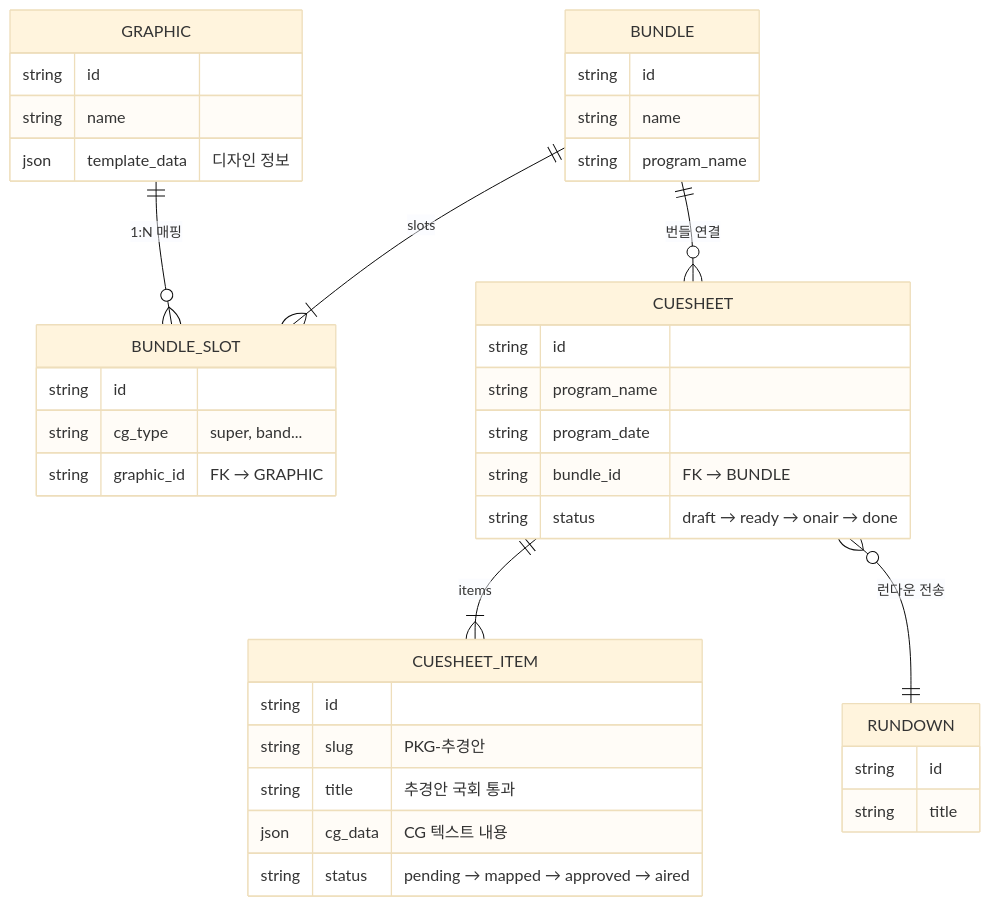
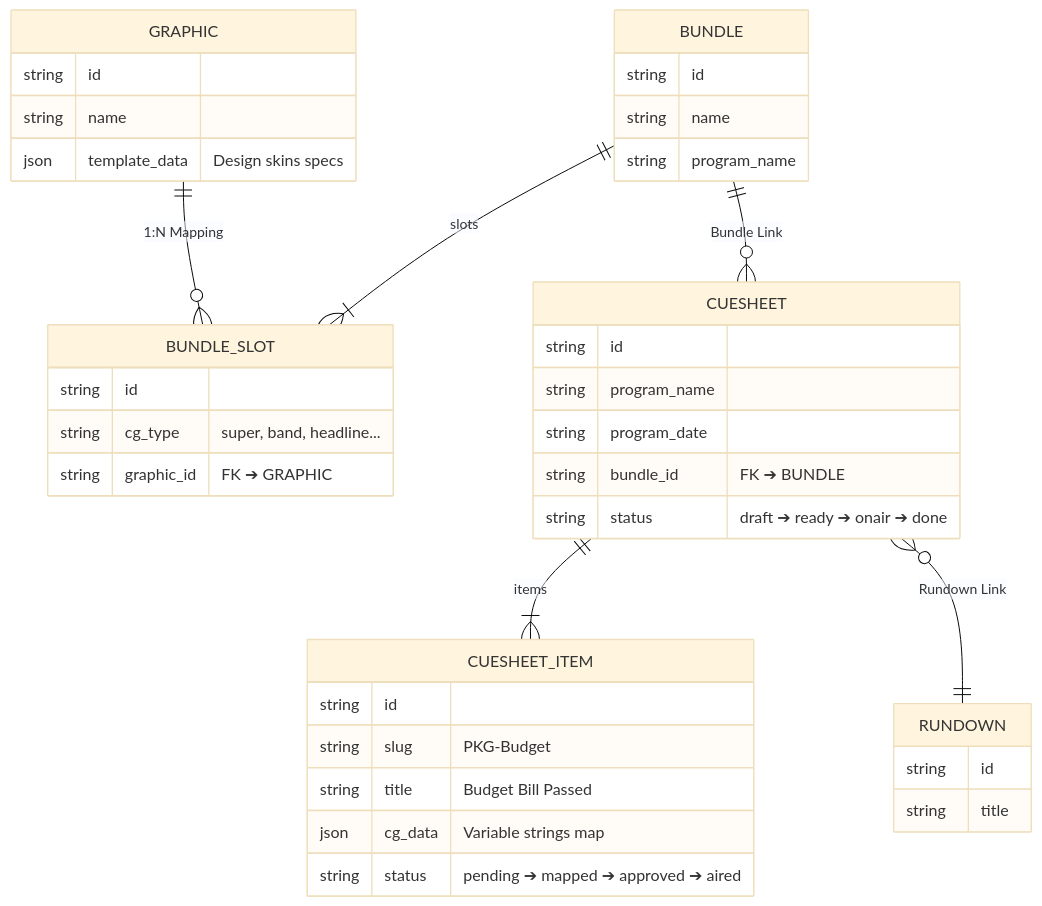
One commit to gkisanet/webcg-k changed the second of 6 diagrams in webcg-k/docs/guide/NRCS_CUESHEET_WORKFLOW.md. Above: the diagram before and after it, drawn with Mermaid (base theme). The commit also changed other lines of this file and 39 other files, not shown here.

````diff
--- a/webcg-k/docs/guide/NRCS_CUESHEET_WORKFLOW.md
+++ b/webcg-k/docs/guide/NRCS_CUESHEET_WORKFLOW.md
@@ -235,42 +234,42 @@
 ```mermaid
 erDiagram
-    GRAPHIC ||--o{ BUNDLE_SLOT : "1:N 매핑"
+    GRAPHIC ||--o{ BUNDLE_SLOT : "1:N Mapping"
     BUNDLE ||--|{ BUNDLE_SLOT : "slots"
-    BUNDLE ||--o{ CUESHEET : "번들 연결"
+    BUNDLE ||--o{ CUESHEET : "Bundle Link"
     CUESHEET ||--|{ CUESHEET_ITEM : "items"
-    CUESHEET }o--|| RUNDOWN : "런다운 전송"
+    CUESHEET }o--|| RUNDOWN : "Rundown Link"
 
     GRAPHIC {
         string id
         string name
-        json template_data "디자인 정보"
+        json template_data "Design skins specs"
     }
     BUNDLE {
         string id
         string name
         string program_name
     }
     BUNDLE_SLOT {
         string id
-        string cg_type "super, band..."
-        string graphic_id "FK → GRAPHIC"
+        string cg_type "super, band, headline..."
+        string graphic_id "FK ➔ GRAPHIC"
     }
     CUESHEET {
         string id
         string program_name
         string program_date
-        string bundle_id "FK → BUNDLE"
-        string status "draft → ready → onair → done"
+        string bundle_id "FK ➔ BUNDLE"
+        string status "draft ➔ ready ➔ onair ➔ done"
     }
     CUESHEET_ITEM {
         string id
-        string slug "PKG-추경안"
-        string title "추경안 국회 통과"
-        json cg_data "CG 텍스트 내용"
-        string status "pending → mapped → approved → aired"
+        string slug "PKG-Budget"
+        string title "Budget Bill Passed"
+        json cg_data "Variable strings map"
+        string status "pending ➔ mapped ➔ approved ➔ aired"
     }
     RUNDOWN {
         string id
         string title
     }
 ```
````
